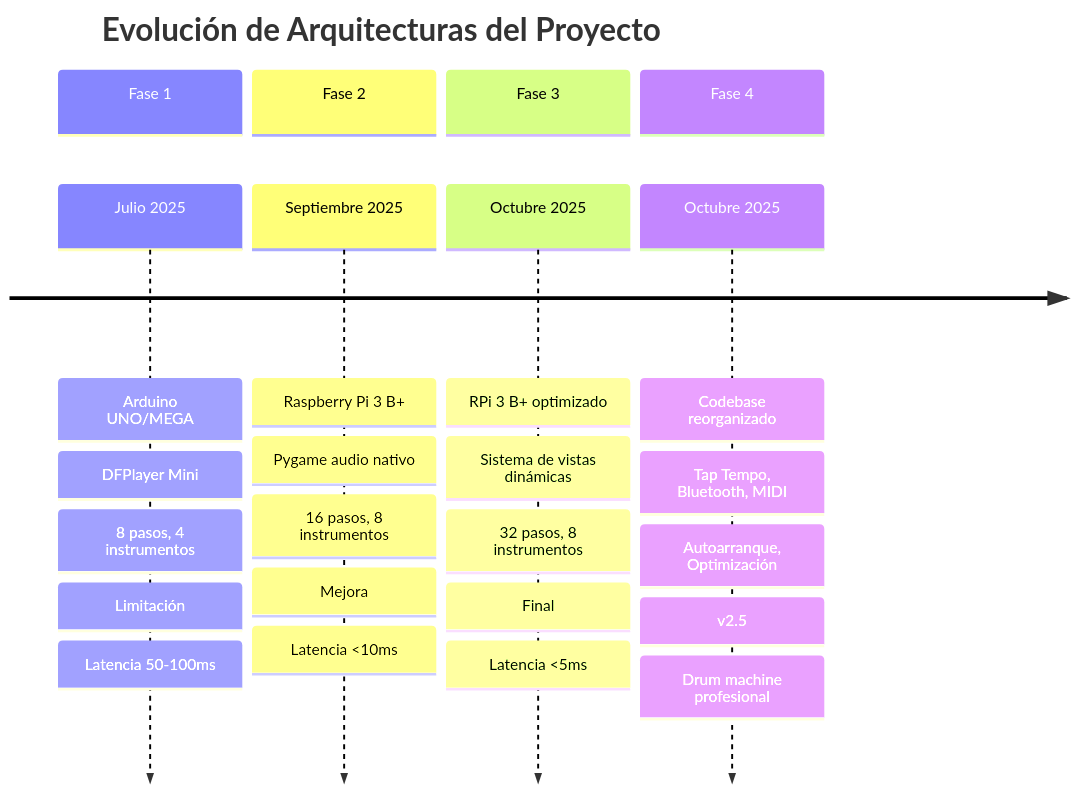
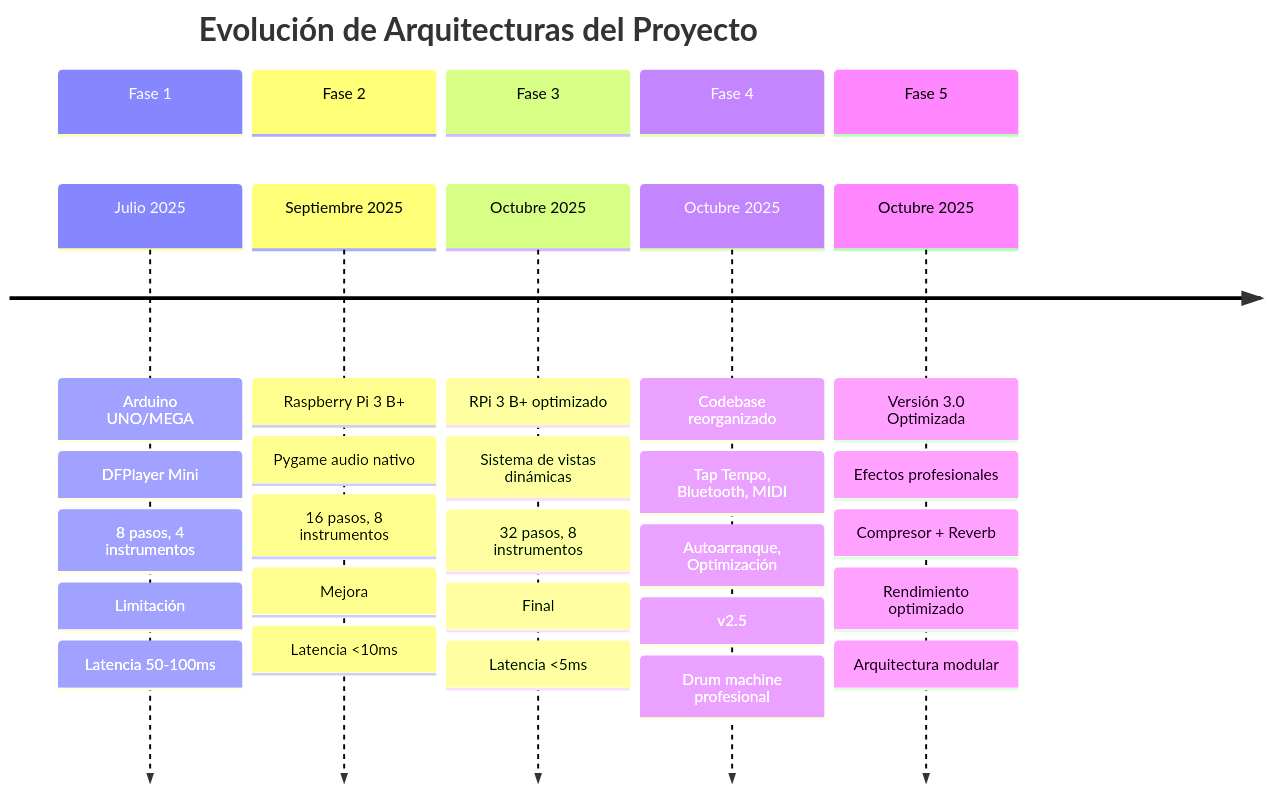
One commit to Camionerou/TP-FINAL-2025-Drum-Machine changed the first of 10 diagrams in docs/INFORME_TECNICO_PRODUCTO.md. Above: the diagram before and after it, drawn with Mermaid. The commit also changed other lines of this file, not shown here.

````diff
--- a/docs/INFORME_TECNICO_PRODUCTO.md
+++ b/docs/INFORME_TECNICO_PRODUCTO.md
@@ -38,24 +45,30 @@
 ```mermaid
 timeline
     title Evolución de Arquitecturas del Proyecto
     section Fase 1
         Julio 2025 : Arduino UNO/MEGA
                    : DFPlayer Mini
                    : 8 pasos, 4 instrumentos
                    : Limitación: Latencia 50-100ms
     section Fase 2
         Septiembre 2025 : Raspberry Pi 3 B+
                         : Pygame audio nativo
                         : 16 pasos, 8 instrumentos
                         : Mejora: Latencia <10ms
     section Fase 3
         Octubre 2025 : RPi 3 B+ optimizado
                      : Sistema de vistas dinámicas
                      : 32 pasos, 8 instrumentos
                      : Final: Latencia <5ms
     section Fase 4
         Octubre 2025 : Codebase reorganizado
                      : Tap Tempo, Bluetooth, MIDI
                      : Autoarranque, Optimización
                      : v2.5: Drum machine profesional
+    section Fase 5
+        Octubre 2025 : Versión 3.0 Optimizada
+                     : Efectos profesionales
+                     : Compresor + Reverb
+                     : Rendimiento optimizado
+                     : Arquitectura modular
 ```
````
